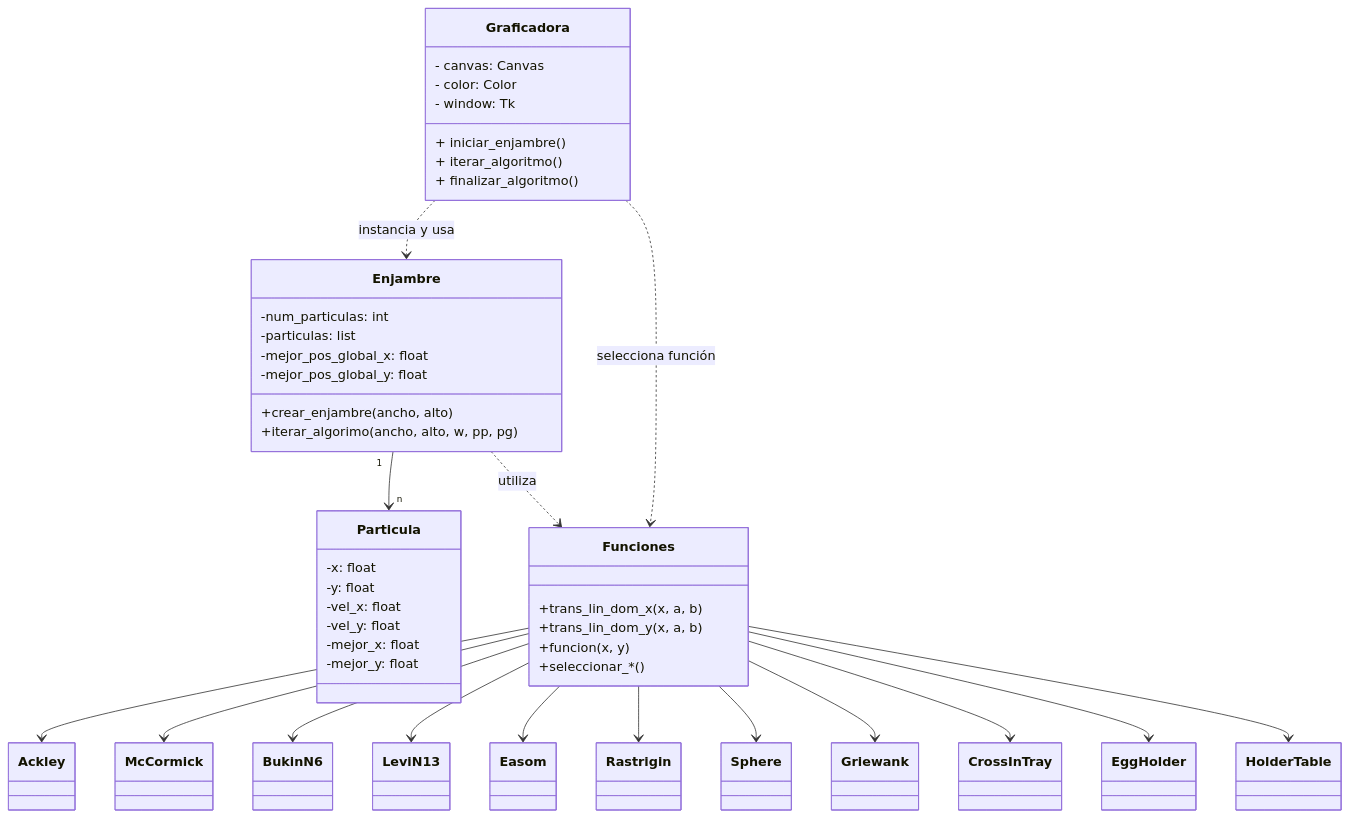
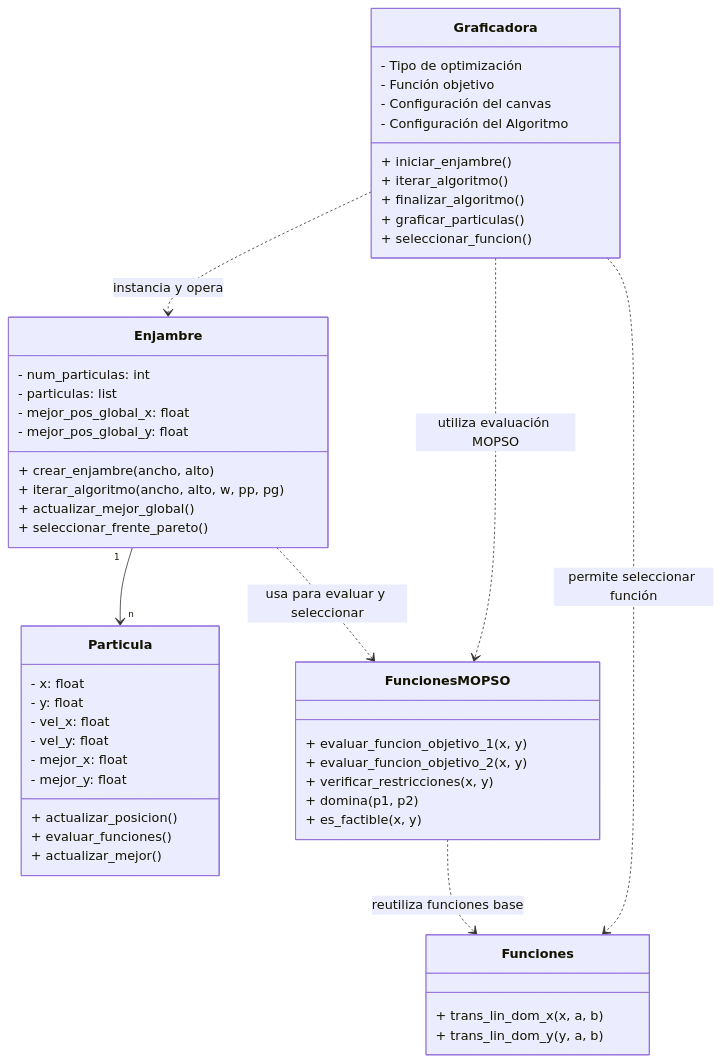
The diagram in README.md (Mayoneso-0/Proyecto-POO), drawn with Mermaid before and after one commit.

Commit message:
README.md

````diff
--- a/README.md
+++ b/README.md
@@ -59,69 +59,67 @@
 ```mermaid
 classDiagram
 direction TB
-    class Particula {
-        -x: float
-        -y: float
-        -vel_x: float
-        -vel_y: float
-        -mejor_x: float
-        -mejor_y: float
-    }
 
-    class Enjambre {
-        -num_particulas: int
-        -particulas: list
-        -mejor_pos_global_x: float
-        -mejor_pos_global_y: float
-        +crear_enjambre(ancho, alto)
-        +iterar_algorimo(ancho, alto, w, pp, pg)
-    }
+%% ==== Clases del Algoritmo ====
 
-    Enjambre "1" --> "n" Particula
+class Particula {
+  - x: float
+  - y: float
+  - vel_x: float
+  - vel_y: float
+  - mejor_x: float
+  - mejor_y: float
+  + actualizar_posicion()
+  + evaluar_funciones()
+  + actualizar_mejor()
+}
 
-    class Funciones {
-        +trans_lin_dom_x(x, a, b)
-        +trans_lin_dom_y(x, a, b)
-        +funcion(x, y)
-        +seleccionar_*()
-    }
+class Enjambre {
+  - num_particulas: int
+  - particulas: list
+  - mejor_pos_global_x: float
+  - mejor_pos_global_y: float
+  + crear_enjambre(ancho, alto)
+  + iterar_algoritmo(ancho, alto, w, pp, pg)
+  + actualizar_mejor_global()
+  + seleccionar_frente_pareto()
+}
 
-    Enjambre ..> Funciones : utiliza
+Enjambre "1" --> "n" Particula
 
-    class Ackley
-    class McCormick
-    class BukinN6
-    class LeviN13
-    class Easom
-    class Rastrigin
-    class Sphere
-    class Griewank
-    class CrossInTray
-    class EggHolder
-    class HolderTable
+%% ==== Clases de Funciones ====
 
-    Funciones --> Ackley
-    Funciones --> McCormick
-    Funciones --> BukinN6
-    Funciones --> LeviN13
-    Funciones --> Easom
-    Funciones --> Rastrigin
-    Funciones --> Sphere
-    Funciones --> Griewank
-    Funciones --> CrossInTray
-    Funciones --> EggHolder
-    Funciones --> HolderTable
+class Funciones {
+  + trans_lin_dom_x(x, a, b)
+  + trans_lin_dom_y(y, a, b)
+}
 
-    class Graficadora {
-    - canvas: Canvas
-    - color: Color
-    - window: Tk
-    + iniciar_enjambre() 
-    + iterar_algoritmo() <w>
-    + finalizar_algoritmo() <e>
+class FuncionesMOPSO {
+  + evaluar_funcion_objetivo_1(x, y)
+  + evaluar_funcion_objetivo_2(x, y)
+  + verificar_restricciones(x, y)
+  + domina(p1, p2)
+  + es_factible(x, y)
+}
 
-    }
+FuncionesMOPSO ..> Funciones : reutiliza funciones base
+Enjambre ..> FuncionesMOPSO : usa para evaluar y seleccionar
 
-    Graficadora ..> Enjambre : instancia y usa
-    Graficadora ..> Funciones : selecciona función
+%% ==== Graficador UI ====
+
+class Graficadora {
+  - Tipo de optimización
+  - Función objetivo
+  - Configuración del canvas
+  - Configuración del Algoritmo
+  + iniciar_enjambre()
+  + iterar_algoritmo()
+  + finalizar_algoritmo()
+  + graficar_particulas()
+  + seleccionar_funcion()
+}
+
+Graficadora ..> Enjambre : instancia y opera
+Graficadora ..> Funciones : permite seleccionar función
+Graficadora ..> FuncionesMOPSO : utiliza evaluación MOPSO
 ```
````
